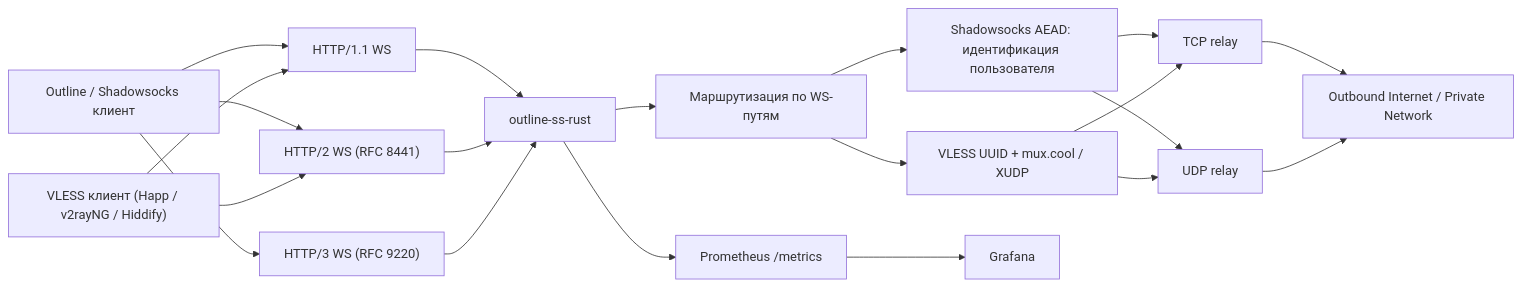
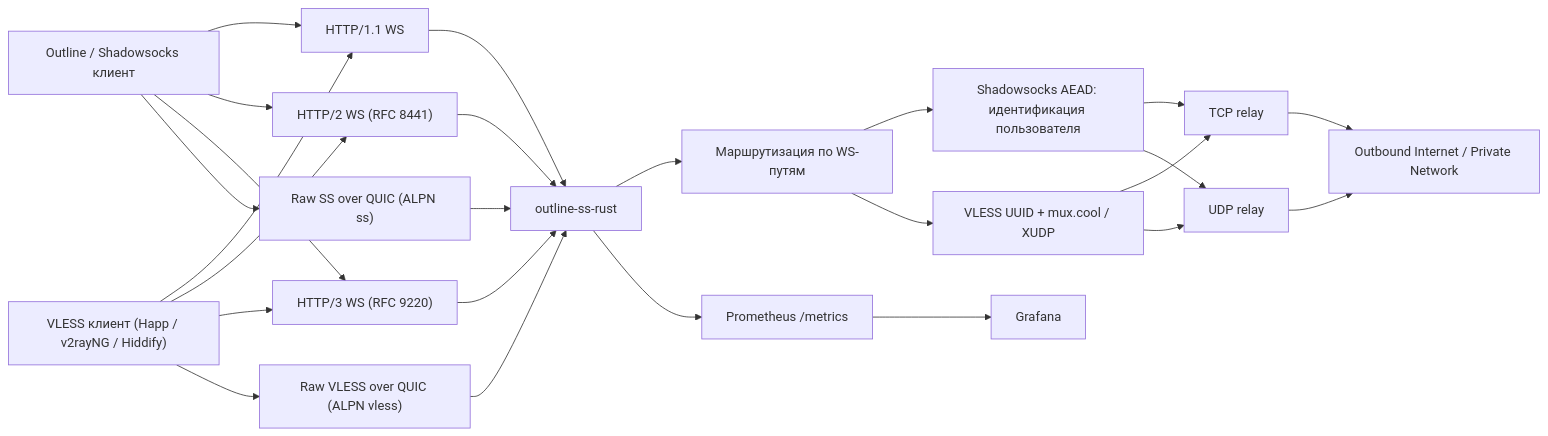
Before and after one commit to balookrd/outline-proxy: the diagram in ss/README.ru.md, drawn with Mermaid. The commit also changed other lines of this file and 27 other files, not shown here.

First line of the commit message:
feat: raw VLESS and Shadowsocks over QUIC (no WebSocket)

````diff
--- a/ss/README.ru.md
+++ b/ss/README.ru.md
@@ -67,28 +70,33 @@
 ```mermaid
 flowchart LR
     SS["Outline / Shadowsocks клиент"] --> H1["HTTP/1.1 WS"]
     SS --> H2["HTTP/2 WS (RFC 8441)"]
     SS --> H3["HTTP/3 WS (RFC 9220)"]
+    SS --> SSQ["Raw SS over QUIC (ALPN ss)"]
 
     VL["VLESS клиент (Happ / v2rayNG / Hiddify)"] --> H1
     VL --> H2
+    VL --> H3
+    VL --> VLQ["Raw VLESS over QUIC (ALPN vless)"]
 
     H1 --> S["outline-ss-rust"]
     H2 --> S
     H3 --> S
+    VLQ --> S
+    SSQ --> S
 
     S --> ROUTER["Маршрутизация по WS-путям"]
     ROUTER --> SSAUTH["Shadowsocks AEAD: идентификация пользователя"]
     ROUTER --> VLAUTH["VLESS UUID + mux.cool / XUDP"]
 
     SSAUTH --> TCP["TCP relay"]
     SSAUTH --> UDP["UDP relay"]
     VLAUTH --> TCP
     VLAUTH --> UDP
 
     TCP --> NET["Outbound Internet / Private Network"]
     UDP --> NET
 
     S --> METRICS["Prometheus /metrics"]
     METRICS --> G["Grafana"]
 ```
````
